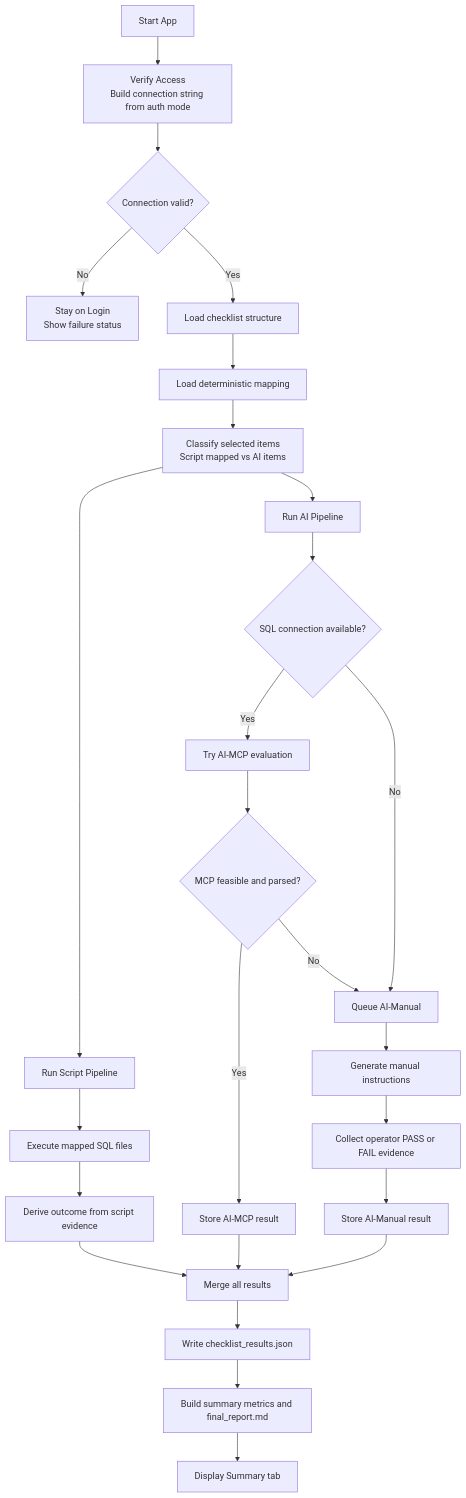
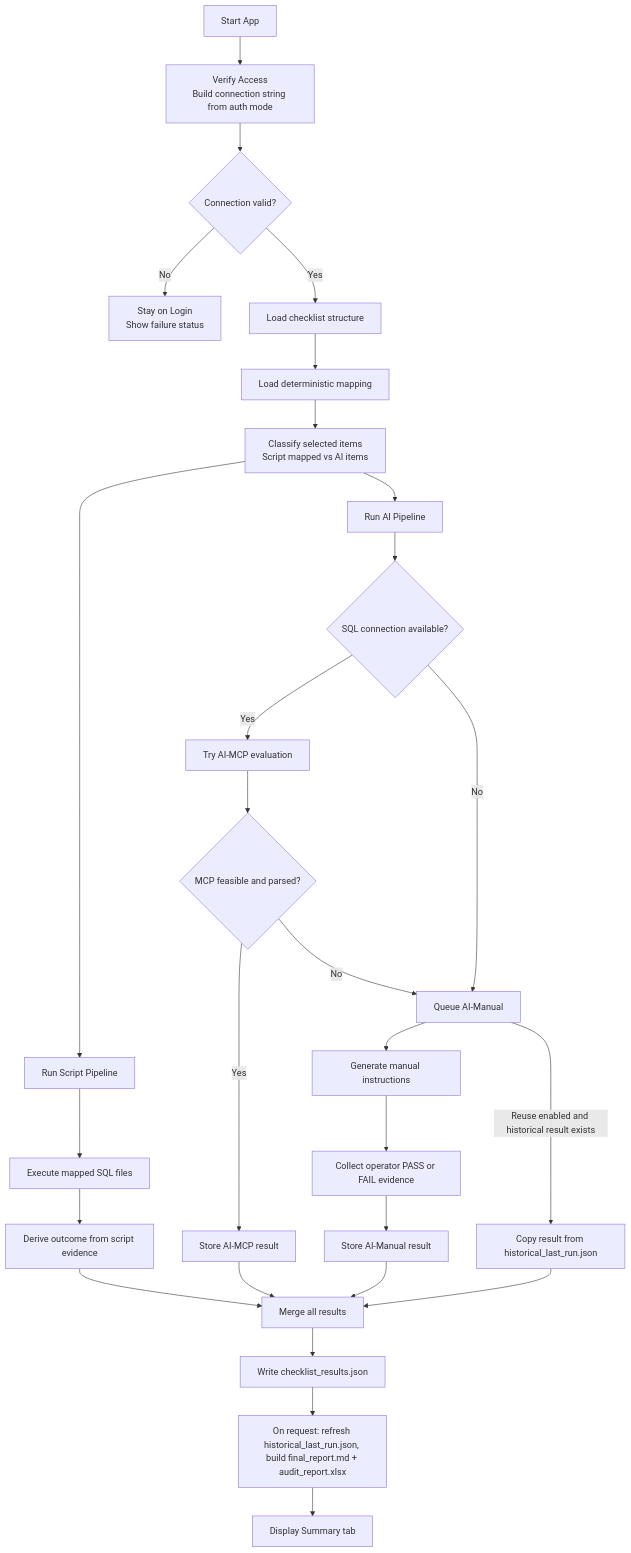
One commit to AkashReddy-3084/SQL-Auditing-tool changed the second of 2 diagrams in ARCHITECTURE.md. Above: the diagram before and after it, drawn with Mermaid. The commit also changed other lines of this file and 10 other files, not shown here.

````diff
--- a/ARCHITECTURE.md
+++ b/ARCHITECTURE.md
@@ -76,34 +77,37 @@
 ```mermaid
 graph TD
   A["Start App"] --> B["Verify Access<br/>Build connection string from auth mode"]
   B --> C{"Connection valid?"}
   C -- "No" --> C1["Stay on Login<br/>Show failure status"]
   C -- "Yes" --> D["Load checklist structure"]
   D --> E["Load deterministic mapping"]
   E --> F["Classify selected items<br/>Script mapped vs AI items"]
 
   F --> G["Run Script Pipeline"]
   F --> H["Run AI Pipeline"]
 
   G --> G1["Execute mapped SQL files"]
   G1 --> G2["Derive outcome from script evidence"]
 
   H --> H1{"SQL connection available?"}
   H1 -- "Yes" --> H2["Try AI-MCP evaluation"]
   H2 --> H3{"MCP feasible and parsed?"}
   H3 -- "Yes" --> H4["Store AI-MCP result"]
   H3 -- "No" --> H5["Queue AI-Manual"]
   H1 -- "No" --> H5
 
   H5 --> H6["Generate manual instructions"]
   H6 --> H7["Collect operator PASS or FAIL evidence"]
   H7 --> H8["Store AI-Manual result"]
 
+  H5 -- "Reuse enabled and historical result exists" --> H9["Copy result from historical_last_run.json"]
+
   G2 --> I["Merge all results"]
   H4 --> I
   H8 --> I
+  H9 --> I
 
   I --> J["Write checklist_results.json"]
-  J --> K["Build summary metrics and final_report.md"]
+  J --> K["On request: refresh historical_last_run.json, build final_report.md + audit_report.xlsx"]
   K --> L["Display Summary tab"]
 ```
````
